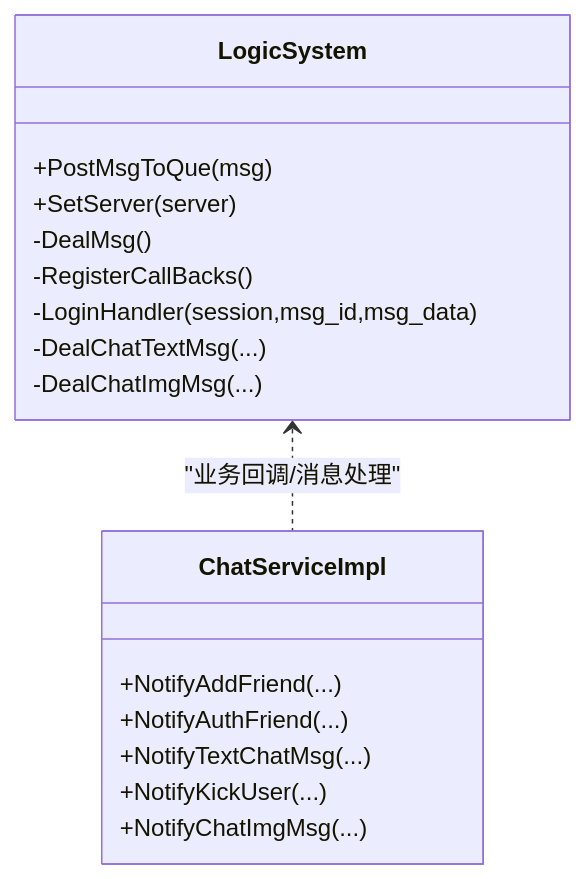
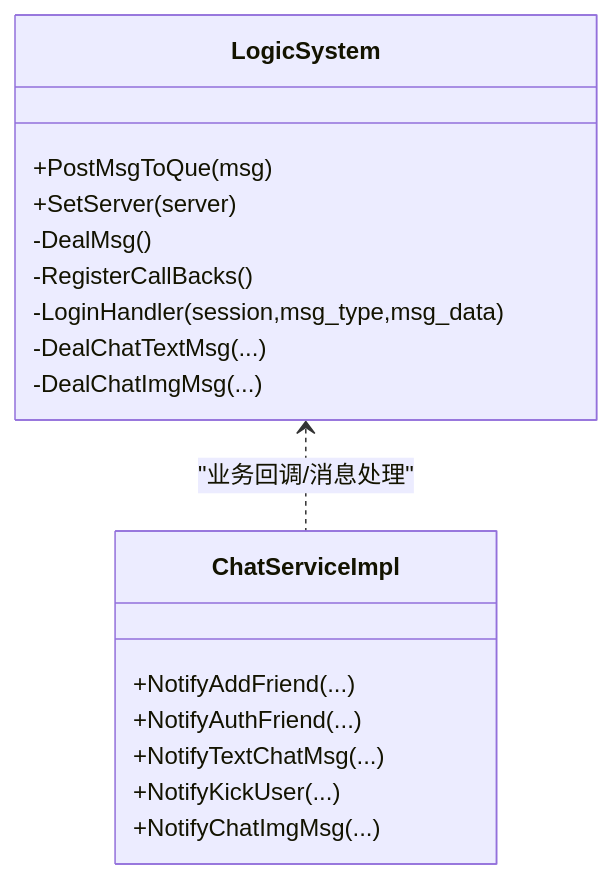
One commit to echo9923/mychatter changed the fifth of 8 diagrams in .qoder/repowiki/zh/content/架构设计/系统边界设计.md. Above: the diagram before and after it, drawn with Mermaid. The commit also changed 128 other files, not shown here.

First line of the commit message:
refactor(protocol): TCP 帧头消息类型 msg_id 全局改名为 msg_type

````diff
--- a/.qoder/repowiki/zh/content/架构设计/系统边界设计.md
+++ b/.qoder/repowiki/zh/content/架构设计/系统边界设计.md
@@ -206,20 +206,20 @@
 ```mermaid
 classDiagram
 class LogicSystem {
 +PostMsgToQue(msg)
 +SetServer(server)
 -DealMsg()
 -RegisterCallBacks()
--LoginHandler(session,msg_id,msg_data)
+-LoginHandler(session,msg_type,msg_data)
 -DealChatTextMsg(...)
 -DealChatImgMsg(...)
 }
 class ChatServiceImpl {
 +NotifyAddFriend(...)
 +NotifyAuthFriend(...)
 +NotifyTextChatMsg(...)
 +NotifyKickUser(...)
 +NotifyChatImgMsg(...)
 }
 LogicSystem <.. ChatServiceImpl : "业务回调/消息处理"
 ```
````
